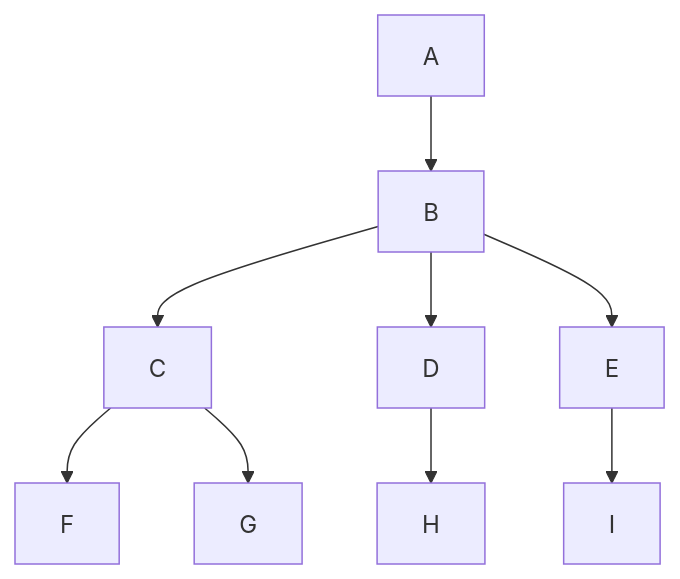
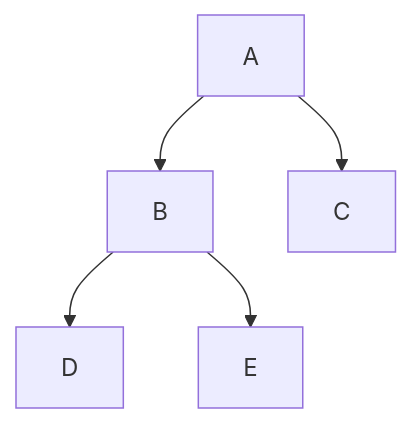
The diagram in README.md (stefafafan/closure2wbs), drawn with Mermaid before and after one commit.

Commit message:
fix README mermaid output

````diff
--- a/README.md
+++ b/README.md
@@ -112,11 +112,7 @@
 ```mermaid
 flowchart TD
 A --> B
-B --> C
-C --> F
-C --> G
 B --> D
-D --> H
 B --> E
-E --> I
+A --> C
 ```
````
